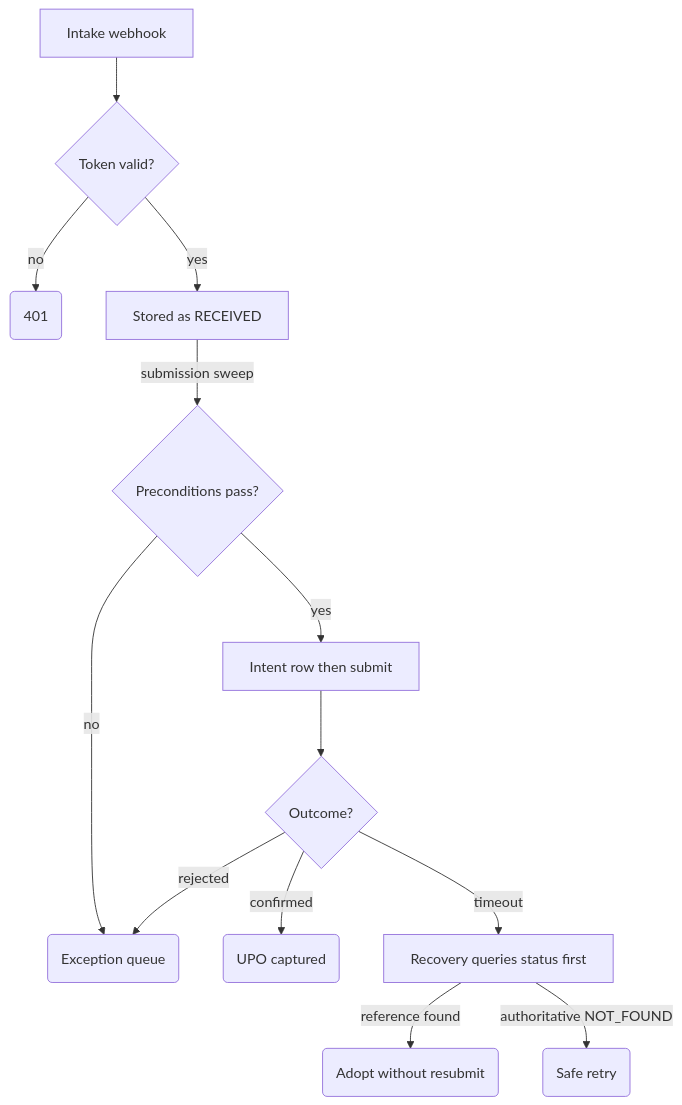
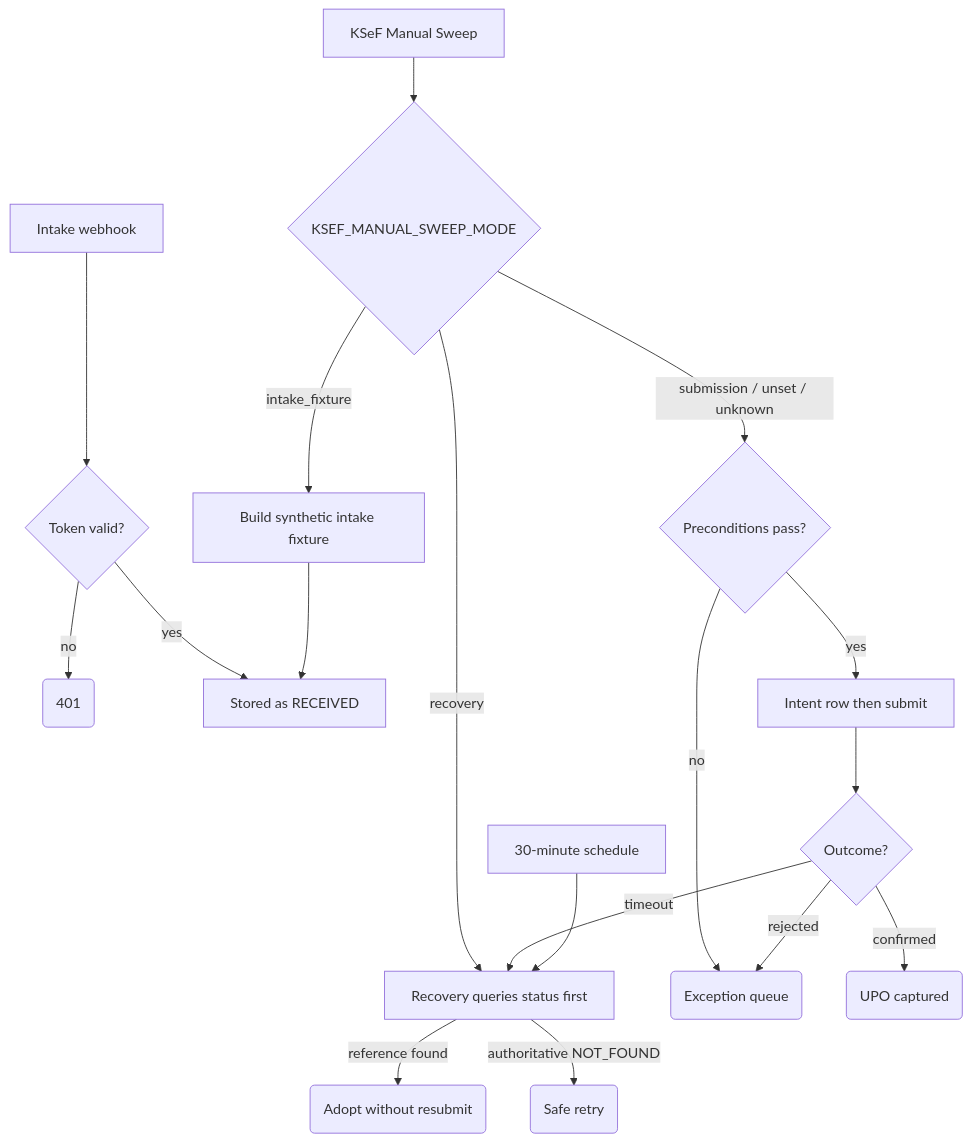
One commit to kuliberdalabs/n8n-sme-workflows changed the diagram in workflows/07-ksef-exception-desk/README.md. Above: the diagram before and after it, drawn with Mermaid. The commit also changed other lines of this file and 14 other files, not shown here.

````diff
--- a/workflows/07-ksef-exception-desk/README.md
+++ b/workflows/07-ksef-exception-desk/README.md
@@ -14,15 +16,20 @@
 ```mermaid
 flowchart TD
   W[Intake webhook] --> T{Token valid?}
   T -- no --> R401(401)
   T -- yes --> P[Stored as RECEIVED]
-  P -- "submission sweep" --> G{Preconditions pass?}
+  M[KSeF Manual Sweep] --> S{KSEF_MANUAL_SWEEP_MODE}
+  S -- "submission / unset / unknown" --> G{Preconditions pass?}
+  S -- intake_fixture --> F[Build synthetic intake fixture]
+  F --> P
+  S -- recovery --> RC[Recovery queries status first]
   G -- no --> EX(Exception queue)
   G -- yes --> SUB[Intent row then submit]
   SUB --> O{Outcome?}
   O -- confirmed --> UPO(UPO captured)
   O -- rejected --> EX
-  O -- timeout --> RC[Recovery queries status first]
+  O -- timeout --> RC
+  SCH[30-minute schedule] --> RC
   RC -- "reference found" --> AD(Adopt without resubmit)
   RC -- "authoritative NOT_FOUND" --> RT(Safe retry)
 ```
````
